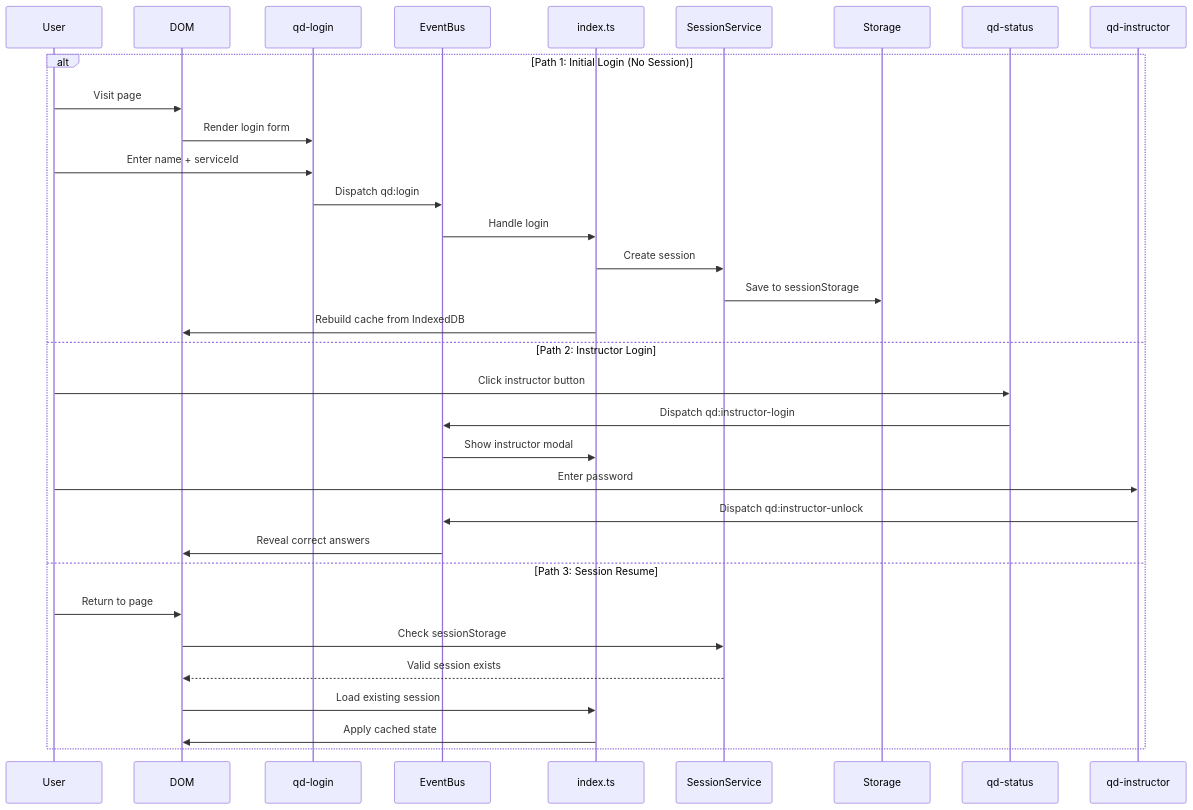
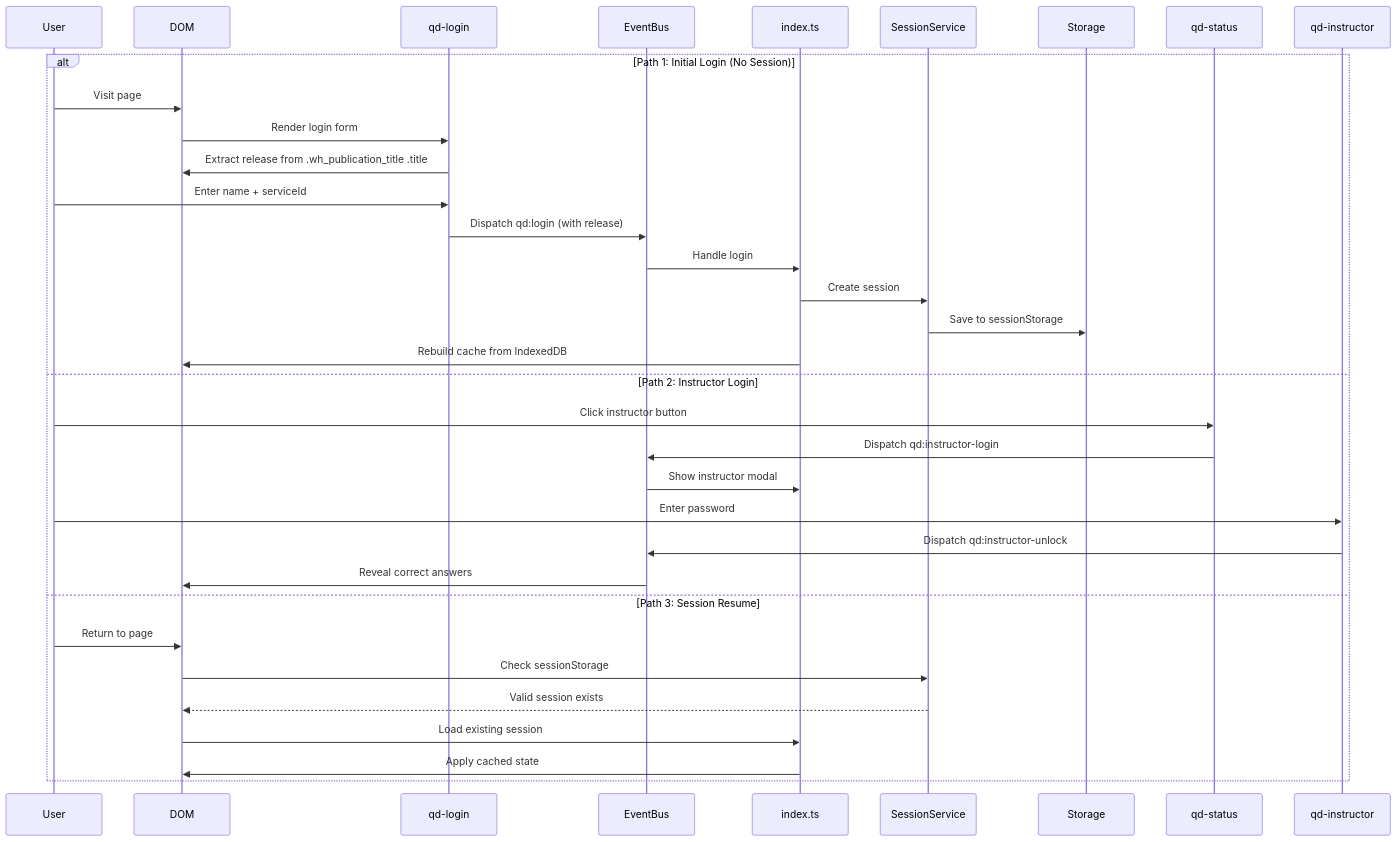
Before and after one commit to DeepBlueCLtd/BrowserTest: the second of 7 diagrams in ARCHITECTURE_FLOWS.md, drawn with Mermaid. The commit also changed other lines of this file, not shown here.

Commit message:
feat: enhance Release ID extraction documentation for login process

````diff
--- a/ARCHITECTURE_FLOWS.md
+++ b/ARCHITECTURE_FLOWS.md
@@ -79,34 +95,35 @@
 ```mermaid
 sequenceDiagram
     participant User
     participant DOM
     participant qd-login
     participant EventBus
     participant index.ts
     participant SessionService
     participant Storage
 
     alt Path 1: Initial Login (No Session)
         User->>DOM: Visit page
         DOM->>qd-login: Render login form
+        qd-login->>DOM: Extract release from .wh_publication_title .title
         User->>qd-login: Enter name + serviceId
-        qd-login->>EventBus: Dispatch qd:login
+        qd-login->>EventBus: Dispatch qd:login (with release)
         EventBus->>index.ts: Handle login
         index.ts->>SessionService: Create session
         SessionService->>Storage: Save to sessionStorage
         index.ts->>DOM: Rebuild cache from IndexedDB
     else Path 2: Instructor Login
         User->>qd-status: Click instructor button
         qd-status->>EventBus: Dispatch qd:instructor-login
         EventBus->>index.ts: Show instructor modal
         User->>qd-instructor: Enter password
         qd-instructor->>EventBus: Dispatch qd:instructor-unlock
         EventBus->>DOM: Reveal correct answers
     else Path 3: Session Resume
         User->>DOM: Return to page
         DOM->>SessionService: Check sessionStorage
         SessionService-->>DOM: Valid session exists
         DOM->>index.ts: Load existing session
         index.ts->>DOM: Apply cached state
     end
 ```
````
